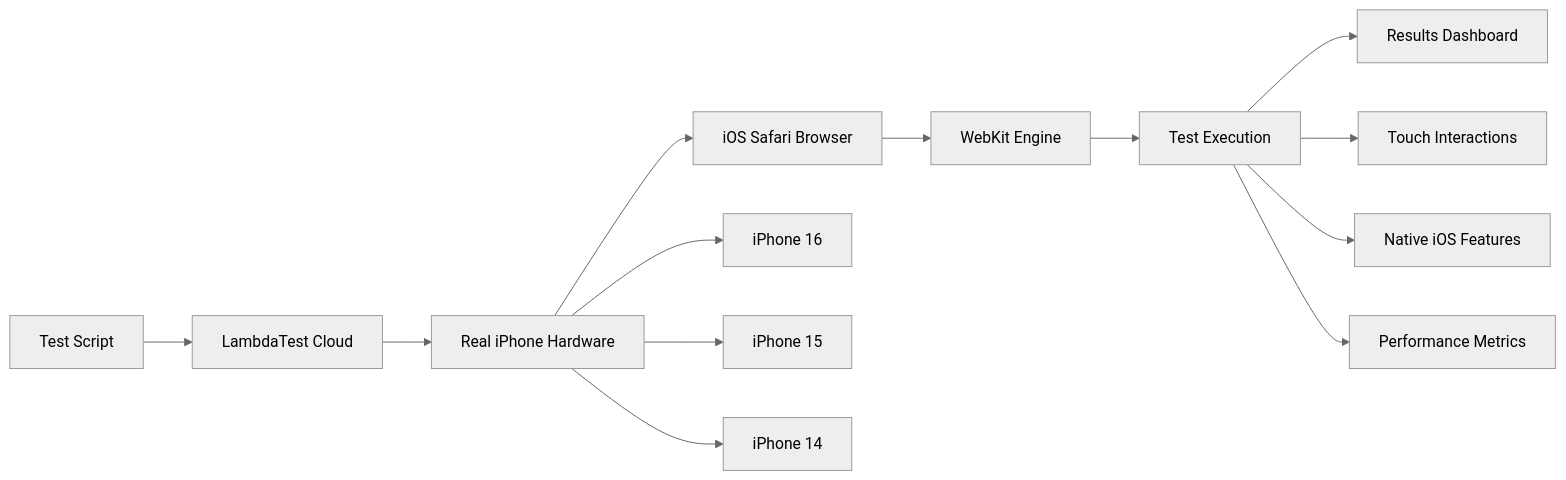
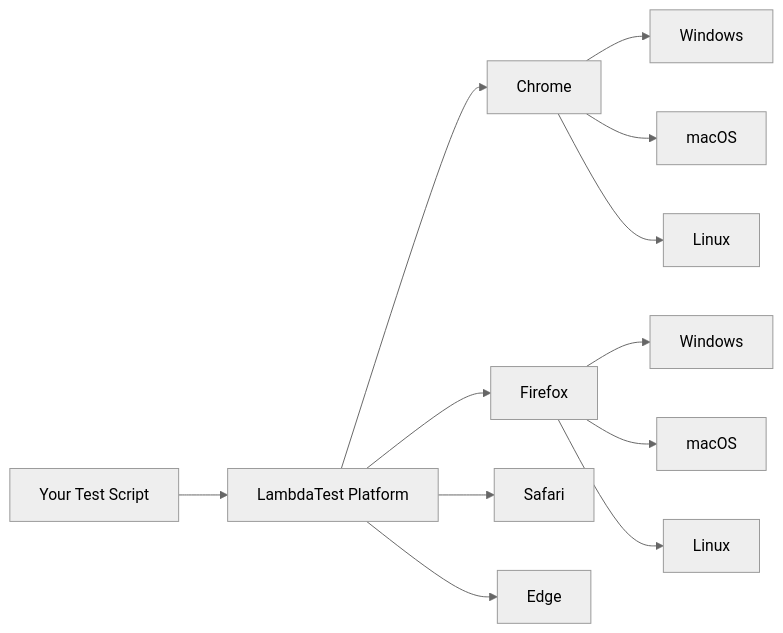
Before and after one commit to LambdaTest/playwright-sample: the first of 3 diagrams in README.md, drawn with Mermaid (neutral theme). The commit also changed other lines of this file, not shown here.

````diff
--- a/README.md
+++ b/README.md
@@ -83,17 +56,16 @@
 ```mermaid
 graph LR
-    A["Test Script"] --> B["LambdaTest Cloud"]
-    B --> C["Real iPhone Hardware"]
-    C --> D["iOS Safari Browser"]
-    D --> E["WebKit Engine"]
-    E --> F["Test Execution"]
-    F --> G["Results Dashboard"]
+    A["Your Test Script"] --> B["LambdaTest Platform"]
+    B --> C["Chrome"]
+    B --> D["Firefox"]
+    B --> E["Safari"]
+    B --> F["Edge"]
     
-    C --> C1["iPhone 16"]
-    C --> C2["iPhone 15"]
-    C --> C3["iPhone 14"]
+    C --> C1["Windows"]
+    C --> C2["macOS"]
+    C --> C3["Linux"]
     
-    F --> F1["Touch Interactions"]
-    F --> F2["Native iOS Features"]
-    F --> F3["Performance Metrics"]
+    D --> D1["Windows"]
+    D --> D2["macOS"]
+    D --> D3["Linux"]
 ```
````
